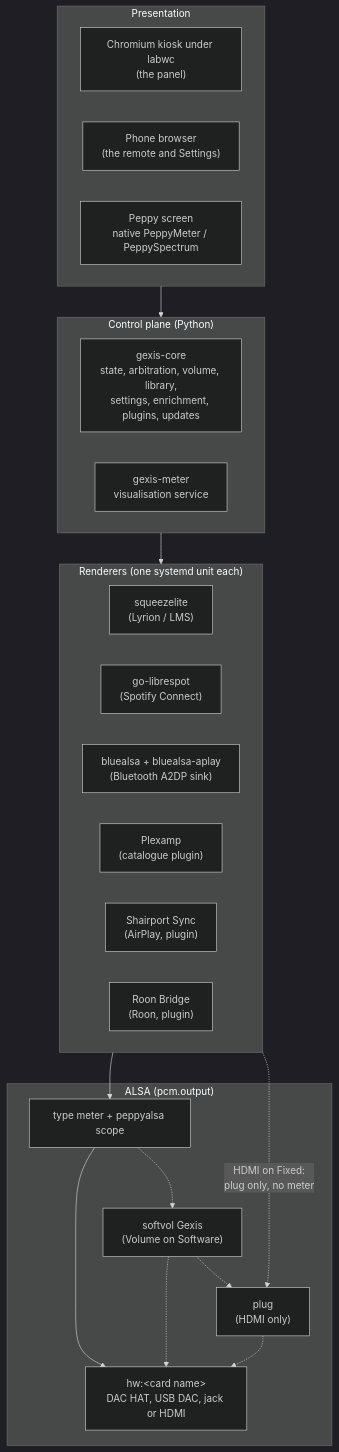
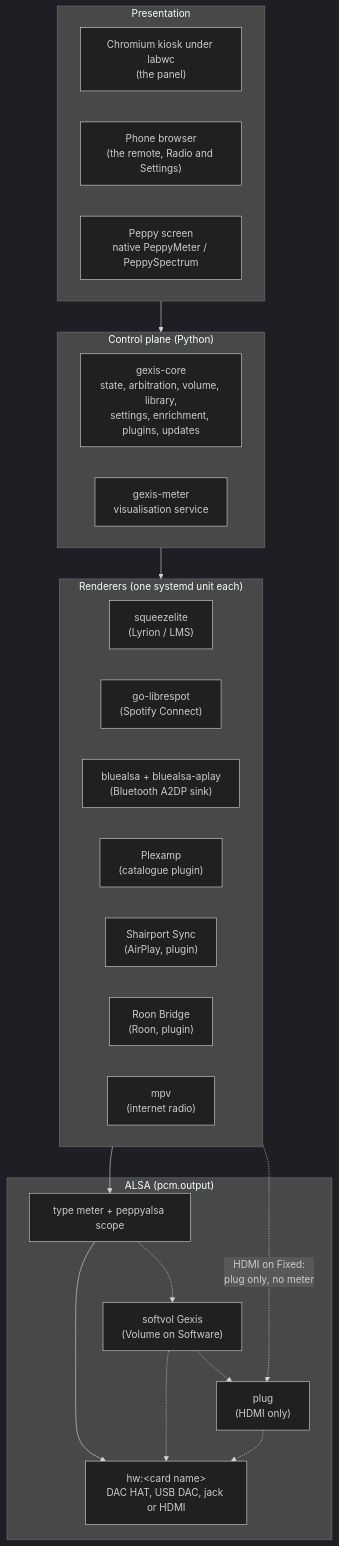
Before and after one commit to gcarstoiu/gexis-player: the first of 3 diagrams in docs/tech/00-overview.md, drawn with Mermaid (dark theme). The commit also changed other lines of this file and 7 other files, not shown here.

First line of the commit message:
Phase 31: internet radio in the public documents

````diff
--- a/docs/tech/00-overview.md
+++ b/docs/tech/00-overview.md
@@ -47,32 +49,33 @@
 ```mermaid
 flowchart TB
     subgraph Presentation
         kiosk["Chromium kiosk under labwc<br/>(the panel)"]
-        phone["Phone browser<br/>(the remote and Settings)"]
+        phone["Phone browser<br/>(the remote, Radio and Settings)"]
         peppy["Peppy screen<br/>native PeppyMeter / PeppySpectrum"]
     end
     subgraph Control["Control plane (Python)"]
         core["gexis-core<br/>state, arbitration, volume, library,<br/>settings, enrichment, plugins, updates"]
         meter["gexis-meter<br/>visualisation service"]
     end
     subgraph Renderers["Renderers (one systemd unit each)"]
         sq["squeezelite<br/>(Lyrion / LMS)"]
         lib["go-librespot<br/>(Spotify Connect)"]
         bt["bluealsa + bluealsa-aplay<br/>(Bluetooth A2DP sink)"]
         px["Plexamp<br/>(catalogue plugin)"]
         ap["Shairport Sync<br/>(AirPlay, plugin)"]
         rn["Roon Bridge<br/>(Roon, plugin)"]
+        rd["mpv<br/>(internet radio)"]
     end
     subgraph Audio["ALSA (pcm.output)"]
         out["type meter + peppyalsa scope"]
         sv["softvol Gexis<br/>(Volume on Software)"]
         pl["plug<br/>(HDMI only)"]
         hw["hw:&lt;card name&gt;<br/>DAC HAT, USB DAC, jack or HDMI"]
     end
     Presentation --> Control
     Control --> Renderers
     Renderers --> out --> hw
     out -.-> sv -.-> hw
     sv -.-> pl -.-> hw
     Renderers -. "HDMI on Fixed:<br/>plug only, no meter" .-> pl
 ```
````
